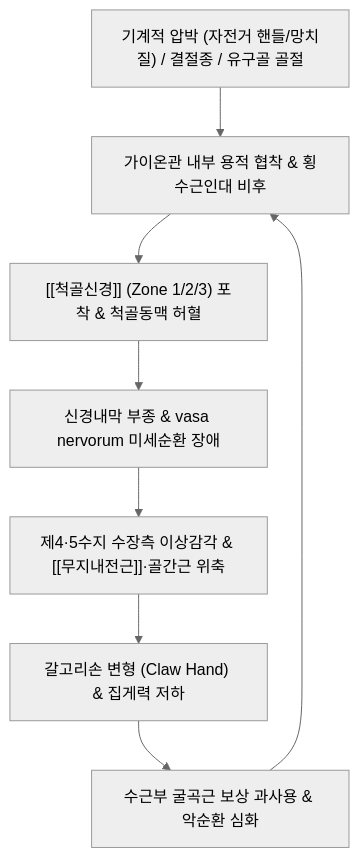
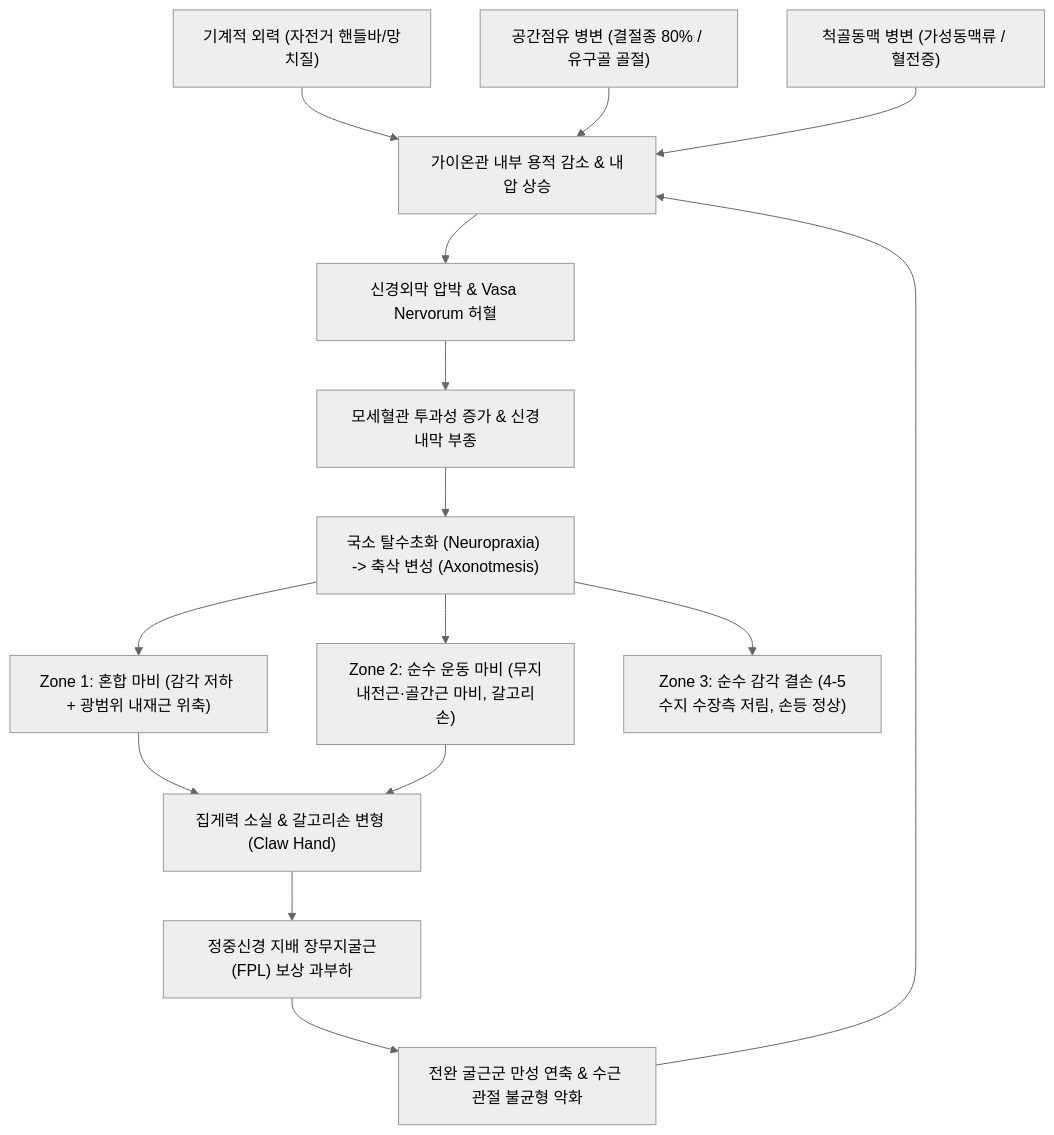
One commit to simbio11/simbio-digital-garden2 changed the diagram in content/3. 이론 공부/질환/근골격계 질환/두경부/가이온관 증후군.md. Above: the diagram before and after it, drawn with Mermaid (neutral theme). The commit also changed other lines of this file and 147 other files, not shown here.

````diff
--- a/content/3. 이론 공부/질환/근골격계 질환/두경부/가이온관 증후군.md
+++ b/content/3. 이론 공부/질환/근골격계 질환/두경부/가이온관 증후군.md
@@ -78,10 +131,20 @@
 ```mermaid
 graph TD
-    Cause["기계적 압박 (자전거 핸들/망치질) / 결절종 / 유구골 골절"] --> Narrow["가이온관 내부 용적 협착 & 횡수근인대 비후"]
-    Narrow --> Entrap["[[척골신경]] (Zone 1/2/3) 포착 & 척골동맥 허혈"]
-    Entrap --> Micro["신경내막 부종 & vasa nervorum 미세순환 장애"]
-    Micro --> NeuroDef["제4·5수지 수장측 이상감각 & [[무지내전근]]·골간근 위축"]
-    NeuroDef --> Deformity["갈고리손 변형 (Claw Hand) & 집게력 저하"]
-    Deformity --> Comp["수근부 굴곡근 보상 과사용 & 악순환 심화"]
-    Comp --> Narrow
+    Cause1["기계적 외력 (자전거 핸들바/망치질)"] --> TunnelPressure["가이온관 내부 용적 감소 & 내압 상승"]
+    Cause2["공간점유 병변 (결절종 80% / 유구골 골절)"] --> TunnelPressure
+    Cause3["척골동맥 병변 (가성동맥류 / 혈전증)"] --> TunnelPressure
+
+    TunnelPressure --> Ischemia["신경외막 압박 & Vasa Nervorum 허혈"]
+    Ischemia --> Edema["모세혈관 투과성 증가 & 신경내막 부종"]
+    Edema --> Demyelination["국소 탈수초화 (Neuropraxia) -> 축삭 변성 (Axonotmesis)"]
+
+    Demyelination --> Zone1["Zone 1: 혼합 마비 (감각 저하 + 광범위 내재근 위축)"]
+    Demyelination --> Zone2["Zone 2: 순수 운동 마비 (무지내전근·골간근 마비, 갈고리손)"]
+    Demyelination --> Zone3["Zone 3: 순수 감각 결손 (4-5수지 수장측 저림, 손등 정상)"]
+
+    Zone1 --> MotorDeficit["집게력 소실 & 갈고리손 변형 (Claw Hand)"]
+    Zone2 --> MotorDeficit
+    MotorDeficit --> Compensation["정중신경 지배 장무지굴근(FPL) 보상 과부하"]
+    Compensation --> SecondaryStrain["전완 굴근군 만성 연축 & 수근 관절 불균형 악화"]
+    SecondaryStrain --> TunnelPressure
 ```
````
